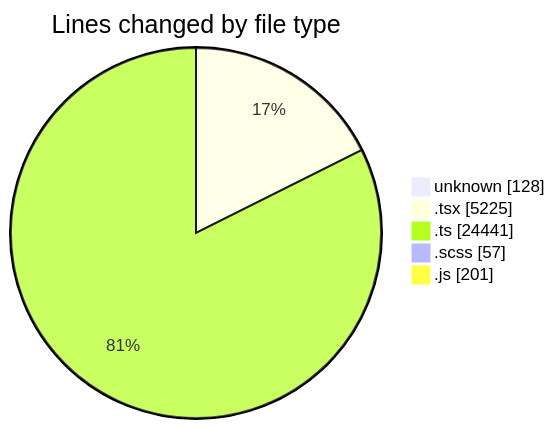
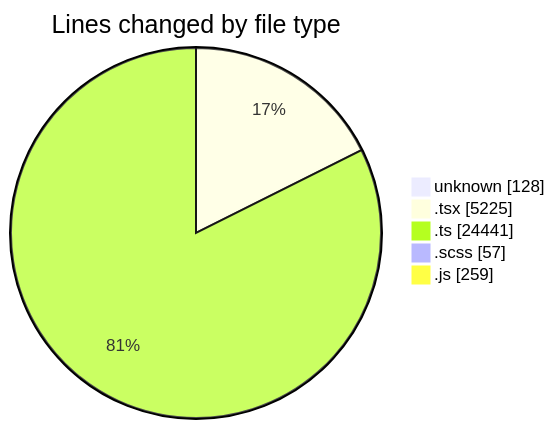
The first of 2 diagrams in 2026-09-23/cda/README.md (momahboobian/code-tracking), drawn with Mermaid before and after one commit. The commit also changed other lines of this file and 1 other file, not shown here.

````diff
--- a/2026-09-23/cda/README.md
+++ b/2026-09-23/cda/README.md
@@ -57,9 +58,9 @@
 ```mermaid
 pie showData
 title Lines changed by file type
 "unknown" : 128
 ".tsx" : 5225
 ".ts" : 24441
 ".scss" : 57
-".js" : 201
+".js" : 259
 ```
````
